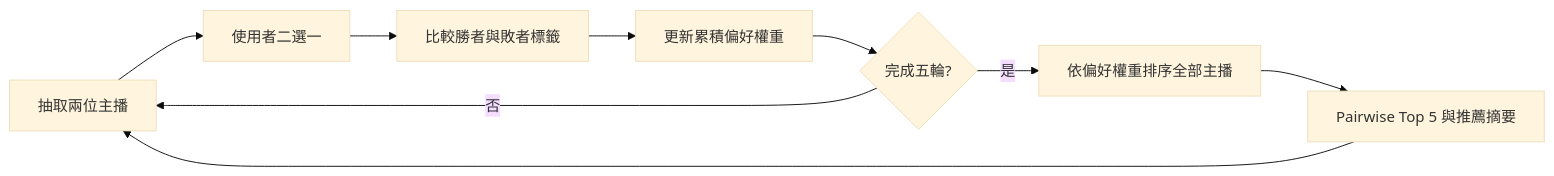
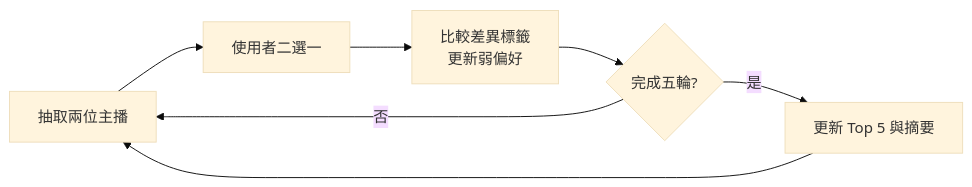
Before and after one commit to zzzpatr/streamer_recommend: the second of 2 diagrams in README.md, drawn with Mermaid (base theme). The commit also changed other lines of this file, not shown here.

Commit message:
update mermaid

````diff
--- a/README.md
+++ b/README.md
@@ -91,11 +67,9 @@
 ```mermaid
 flowchart LR
     A[抽取兩位主播] --> B[使用者二選一]
-    B --> C[比較勝者與敗者標籤]
-    C --> D[更新累積偏好權重]
-    D --> E{完成五輪?}
-    E -- 否 --> A
-    E -- 是 --> F[依偏好權重排序全部主播]
-    F --> G[Pairwise Top 5 與推薦摘要]
-    G --> A
+    B --> C[比較差異標籤<br/>更新弱偏好]
+    C --> D{完成五輪?}
+    D -- 否 --> A
+    D -- 是 --> E[更新 Top 5 與摘要]
+    E --> A
 ```
````
